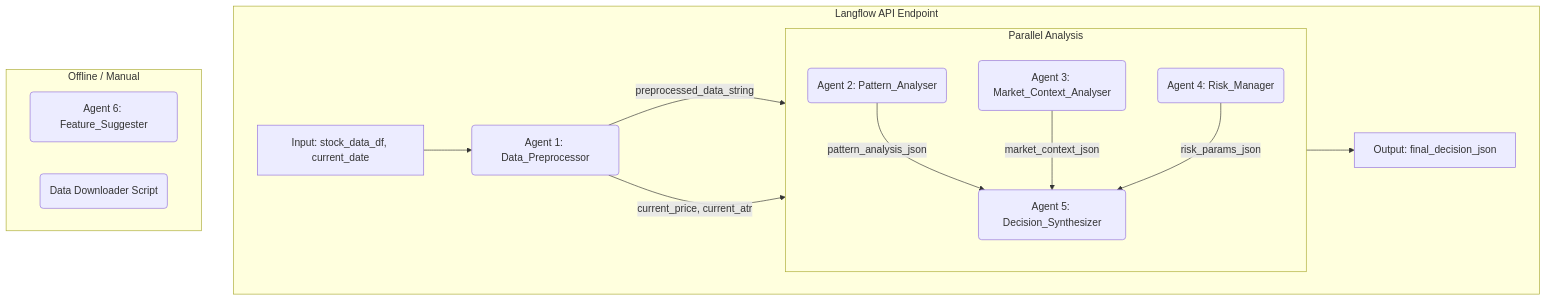
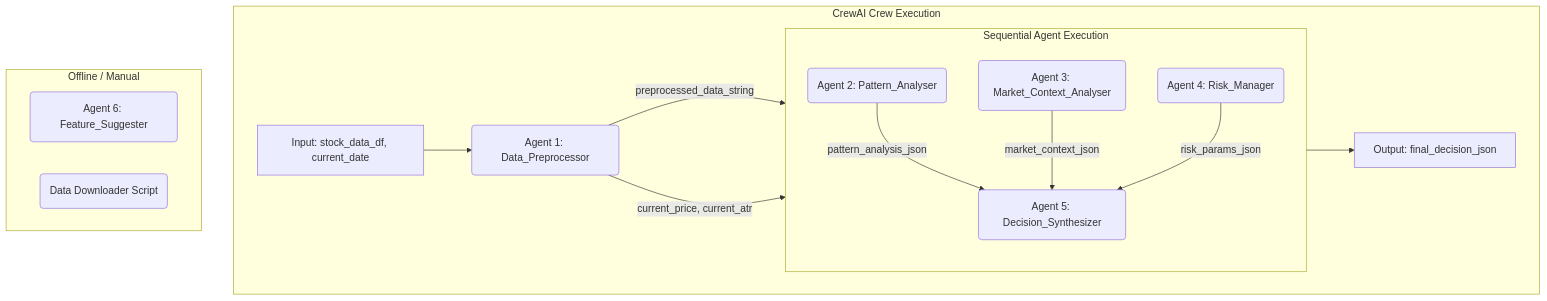
One commit to vijayanajay/agent-trader changed the first of 2 diagrams in docs/architecture.md. Above: the diagram before and after it, drawn with Mermaid. The commit also changed other lines of this file and 2 other files, not shown here.

````diff
--- a/docs/architecture.md
+++ b/docs/architecture.md
@@ -53,23 +54,23 @@
 ```mermaid
 graph TD
-    subgraph "Langflow API Endpoint"
+    subgraph "CrewAI Crew Execution"
         direction LR
         A[Input: stock_data_df, current_date] --> B(Agent 1: Data_Preprocessor);
         B -- preprocessed_data_string --> C(Agent 2: Pattern_Analyser);
         B -- current_price, current_atr --> E(Agent 4: Risk_Manager);
         
-        subgraph "Parallel Analysis"
+        subgraph "Sequential Agent Execution"
             direction TB
             C -- pattern_analysis_json --> F(Agent 5: Decision_Synthesizer);
             D(Agent 3: Market_Context_Analyser) -- market_context_json --> F;
             E -- risk_params_json --> F;
         end
 
         F --> G[Output: final_decision_json];
     end
 
     subgraph "Offline / Manual"
         H(Agent 6: Feature_Suggester)
         I(Data Downloader Script)
     end
 ```
````
